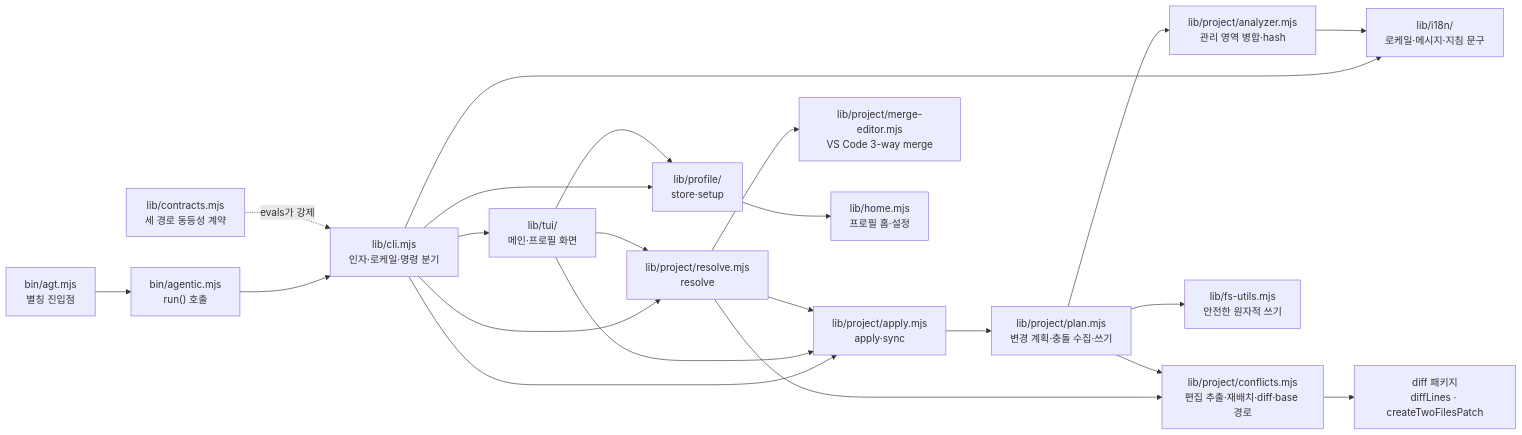
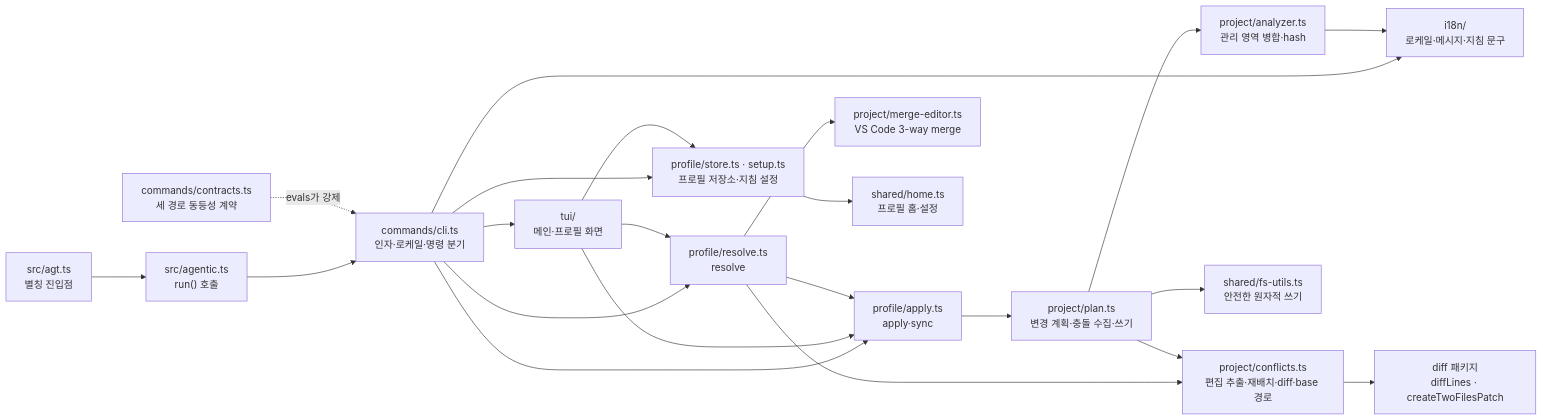
Before and after one commit to IsthisLee/agent-context-manager: the first of 8 diagrams in docs/architecture/implementation-mechanics.md, drawn with Mermaid. The commit also changed other lines of this file and 102 other files, not shown here.

````diff
--- a/docs/architecture/implementation-mechanics.md
+++ b/docs/architecture/implementation-mechanics.md
@@ -22,24 +22,24 @@
 ```mermaid
 flowchart LR
-  agt["bin/agt.mjs<br/>별칭 진입점"] --> entry["bin/agentic.mjs<br/>run() 호출"]
-  entry --> cli["lib/cli.mjs<br/>인자·로케일·명령 분기"]
-  cli --> tui["lib/tui/<br/>메인·프로필 화면"]
-  cli --> store["lib/profile/<br/>store·setup"]
-  cli --> apply["lib/project/apply.mjs<br/>apply·sync"]
-  cli --> resolve["lib/project/resolve.mjs<br/>resolve"]
+  agt["src/agt.ts<br/>별칭 진입점"] --> entry["src/agentic.ts<br/>run() 호출"]
+  entry --> cli["commands/cli.ts<br/>인자·로케일·명령 분기"]
+  cli --> tui["tui/<br/>메인·프로필 화면"]
+  cli --> store["profile/store.ts · setup.ts<br/>프로필 저장소·지침 설정"]
+  cli --> apply["profile/apply.ts<br/>apply·sync"]
+  cli --> resolve["profile/resolve.ts<br/>resolve"]
   tui --> store
   tui --> apply
   tui --> resolve
   resolve --> apply
-  apply --> plan["lib/project/plan.mjs<br/>변경 계획·충돌 수집·쓰기"]
-  resolve --> merge["lib/project/merge-editor.mjs<br/>VS Code 3-way merge"]
-  resolve --> conflicts["lib/project/conflicts.mjs<br/>편집 추출·재배치·diff·base 경로"]
-  plan --> analyzer["lib/project/analyzer.mjs<br/>관리 영역 병합·hash"]
+  apply --> plan["project/plan.ts<br/>변경 계획·충돌 수집·쓰기"]
+  resolve --> merge["project/merge-editor.ts<br/>VS Code 3-way merge"]
+  resolve --> conflicts["project/conflicts.ts<br/>편집 추출·재배치·diff·base 경로"]
+  plan --> analyzer["project/analyzer.ts<br/>관리 영역 병합·hash"]
   plan --> conflicts
-  plan --> fsutils["lib/fs-utils.mjs<br/>안전한 원자적 쓰기"]
-  store --> home["lib/home.mjs<br/>프로필 홈·설정"]
-  cli --> i18n["lib/i18n/<br/>로케일·메시지·지침 문구"]
+  plan --> fsutils["shared/fs-utils.ts<br/>안전한 원자적 쓰기"]
+  store --> home["shared/home.ts<br/>프로필 홈·설정"]
+  cli --> i18n["i18n/<br/>로케일·메시지·지침 문구"]
   analyzer --> i18n
   conflicts --> jsdiff["diff 패키지<br/>diffLines · createTwoFilesPatch"]
-  contracts["lib/contracts.mjs<br/>세 경로 동등성 계약"] -.->|"evals가 강제"| cli
+  contracts["commands/contracts.ts<br/>세 경로 동등성 계약"] -.->|"evals가 강제"| cli
 ```
````
